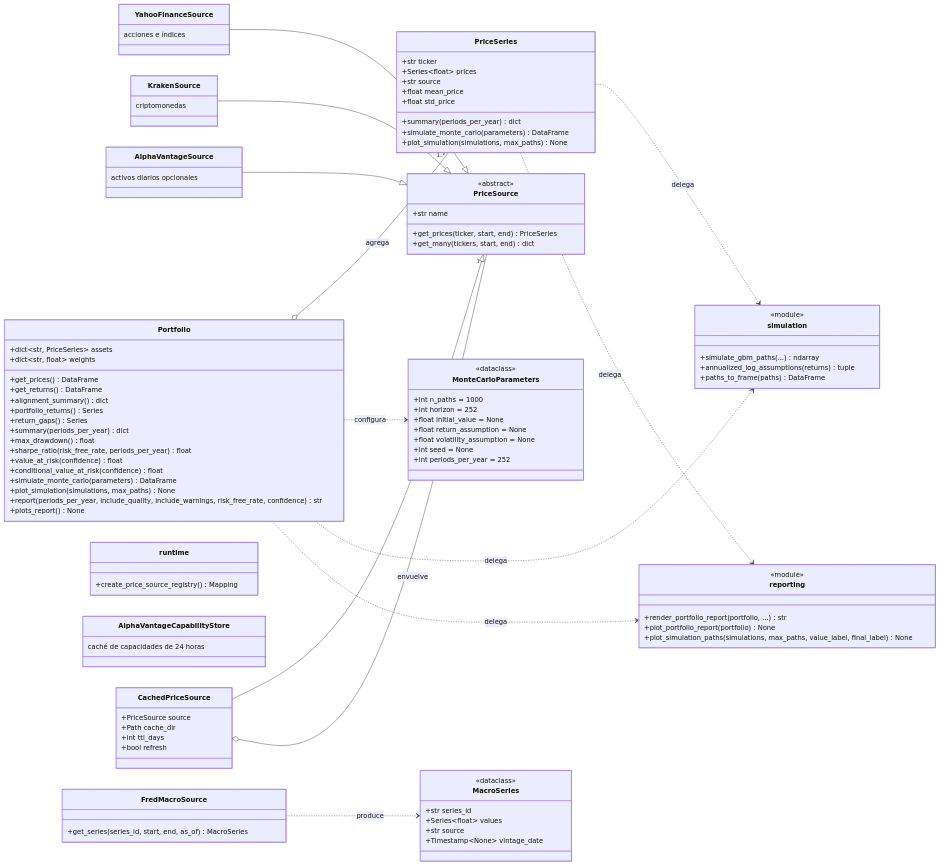
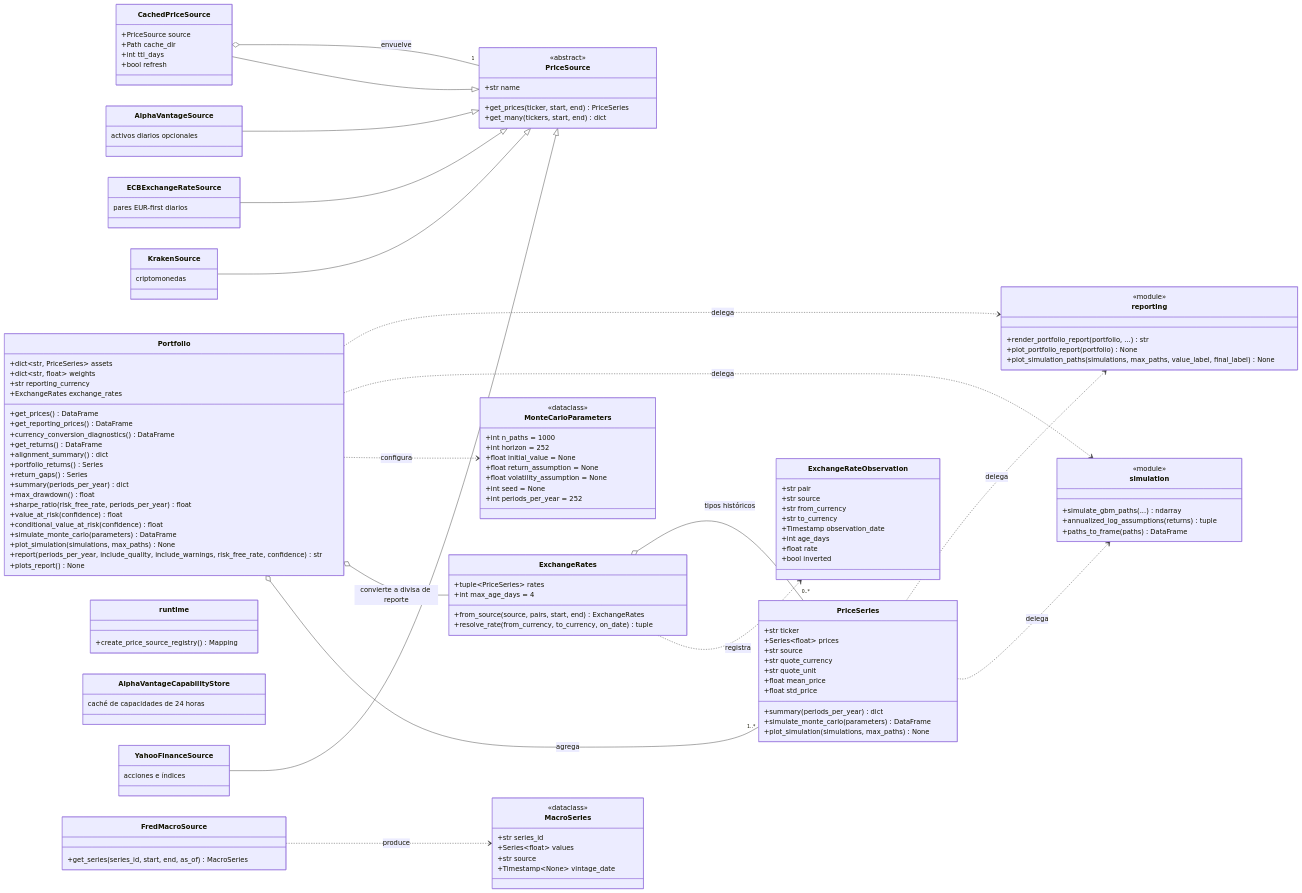
One commit to alejandroperezpujante/quantfolio changed the first of 2 diagrams in docs/architecture.md. Above: the diagram before and after it, drawn with Mermaid. The commit also changed other lines of this file and 28 other files, not shown here.

First line of the commit message:
Add currency-aware portfolio analysis (#41)

```diff
--- a/docs/architecture.md
+++ b/docs/architecture.md
@@ -15,6 +15,8 @@
         +str ticker
         +Series~float~ prices
         +str source
+        +str quote_currency
+        +str quote_unit
         +float mean_price
         +float std_price
         +summary(periods_per_year) dict
@@ -25,7 +27,11 @@
     class Portfolio {
         +dict~str, PriceSeries~ assets
         +dict~str, float~ weights
+        +str reporting_currency
+        +ExchangeRates exchange_rates
         +get_prices() DataFrame
+        +get_reporting_prices() DataFrame
+        +currency_conversion_diagnostics() DataFrame
         +get_returns() DataFrame
         +alignment_summary() dict
         +portfolio_returns() Series
@@ -39,6 +45,24 @@
         +plot_simulation(simulations, max_paths) None
         +report(periods_per_year, include_quality, include_warnings, risk_free_rate, confidence) str
         +plots_report() None
+    }
+
+    class ExchangeRates {
+        +tuple~PriceSeries~ rates
+        +int max_age_days = 4
+        +from_source(source, pairs, start, end) ExchangeRates
+        +resolve_rate(from_currency, to_currency, on_date) tuple
+    }
+
+    class ExchangeRateObservation {
+        +str pair
+        +str source
+        +str from_currency
+        +str to_currency
+        +Timestamp observation_date
+        +int age_days
+        +float rate
+        +bool inverted
     }
 
     class MonteCarloParameters {
@@ -65,6 +89,10 @@
 
     class KrakenSource {
         criptomonedas
+    }
+
+    class ECBExchangeRateSource {
+        pares EUR-first diarios
     }
 
     class AlphaVantageSource {
@@ -113,6 +141,9 @@
     }
 
     Portfolio o-- "1..*" PriceSeries : agrega
+    Portfolio o-- ExchangeRates : convierte a divisa de reporte
+    ExchangeRates ..> ExchangeRateObservation : registra
+    ExchangeRates o-- "0..*" PriceSeries : tipos históricos
     Portfolio ..> MonteCarloParameters : configura
     Portfolio ..> simulation : delega
     Portfolio ..> reporting : delega
@@ -120,6 +151,7 @@
     PriceSeries ..> reporting : delega
     YahooFinanceSource --|> PriceSource
     KrakenSource --|> PriceSource
+    ECBExchangeRateSource --|> PriceSource
     AlphaVantageSource --|> PriceSource
     CachedPriceSource --|> PriceSource
     CachedPriceSource o-- "1" PriceSource : envuelve
```
